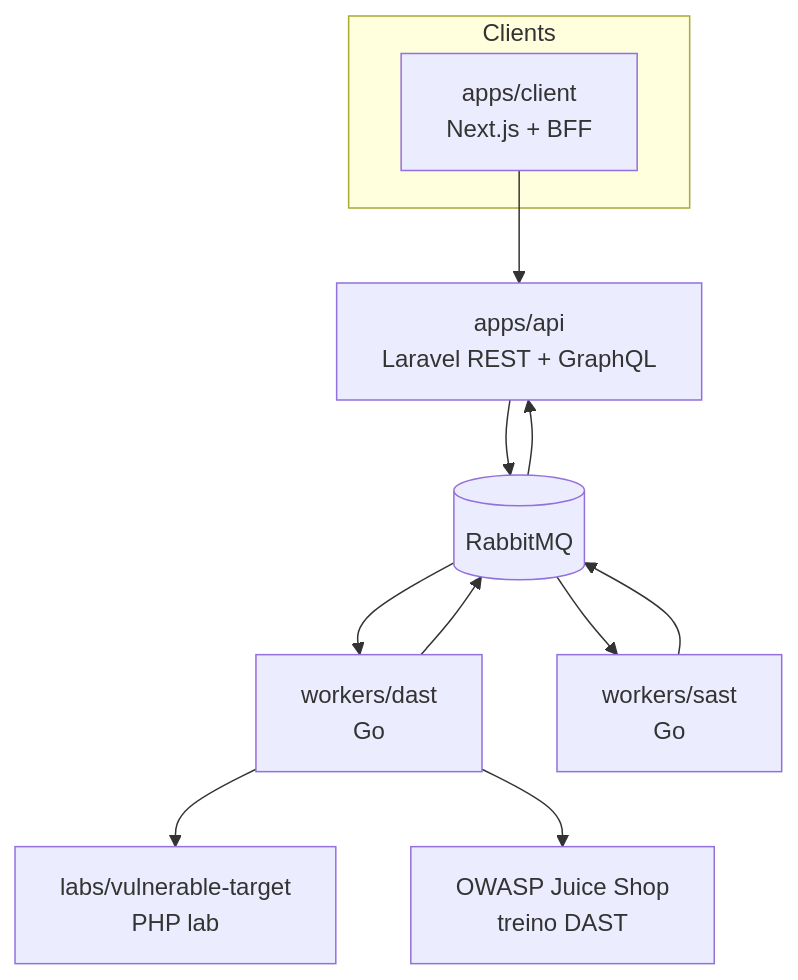
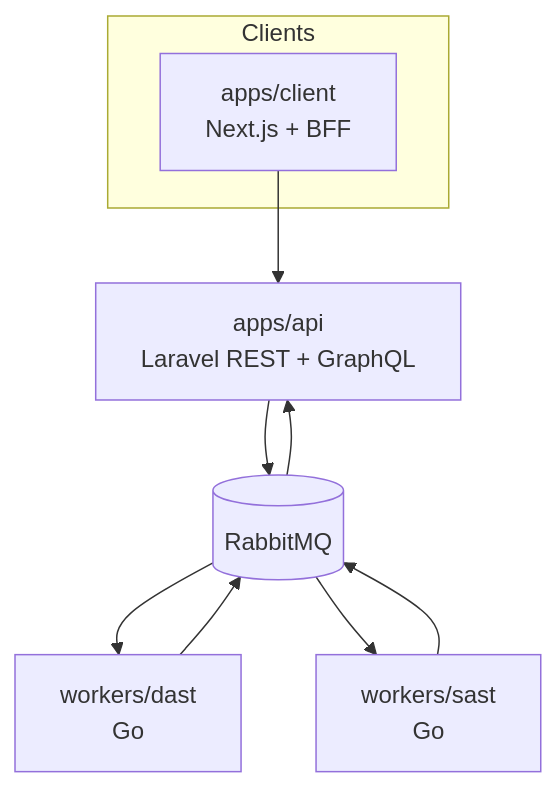
Before and after one commit to AllanCordova/shingeki: the diagram in docs/ARCHITECTURE.md, drawn with Mermaid. The commit also changed other lines of this file and 21 other files, not shown here.

First line of the commit message:
docs: keep labs off the worker graph and document npm run dev

````diff
--- a/docs/ARCHITECTURE.md
+++ b/docs/ARCHITECTURE.md
@@ -9,21 +9,17 @@
 ```mermaid
 flowchart TB
   subgraph clients [Clients]
     Web["apps/client\nNext.js + BFF"]
   end
   API["apps/api\nLaravel REST + GraphQL"]
   Queue[(RabbitMQ)]
   DastWorker["workers/dast\nGo"]
   SastWorker["workers/sast\nGo"]
-  Target["labs/vulnerable-target\nPHP lab"]
-  Juice["OWASP Juice Shop\ntreino DAST"]
   Web --> API
   API --> Queue
   Queue --> DastWorker
   Queue --> SastWorker
-  DastWorker --> Target
-  DastWorker --> Juice
   DastWorker --> Queue
   SastWorker --> Queue
   Queue --> API
 ```
````
